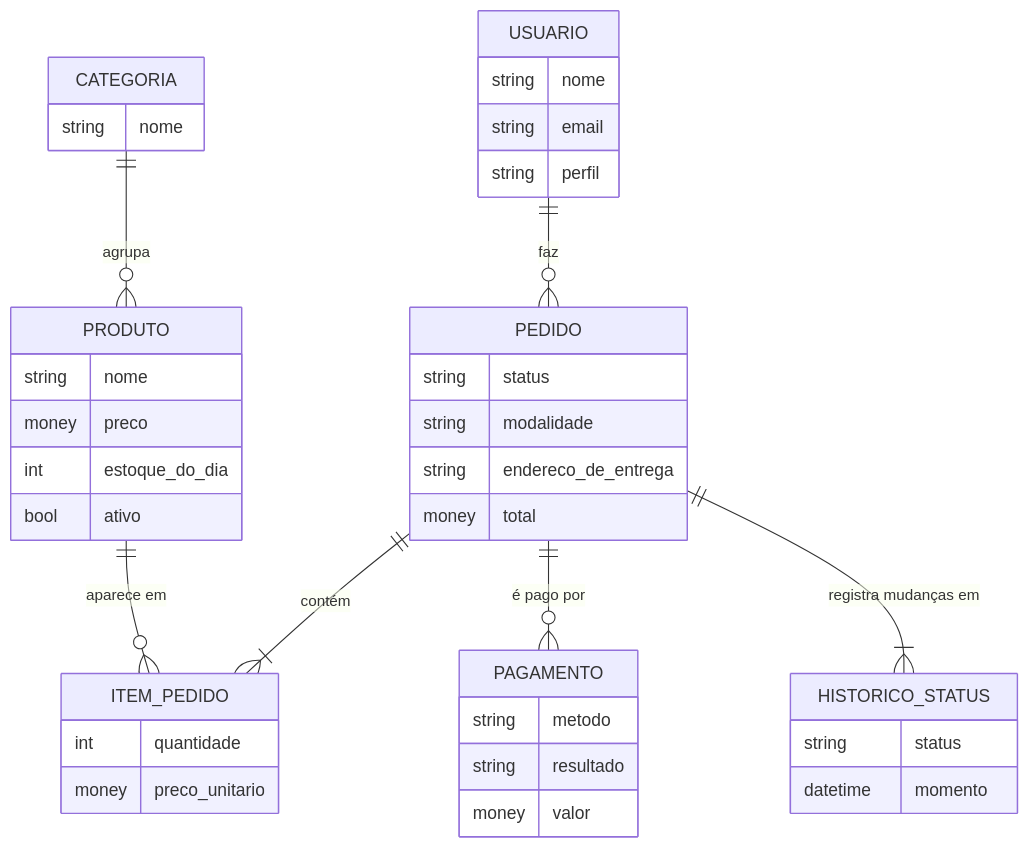
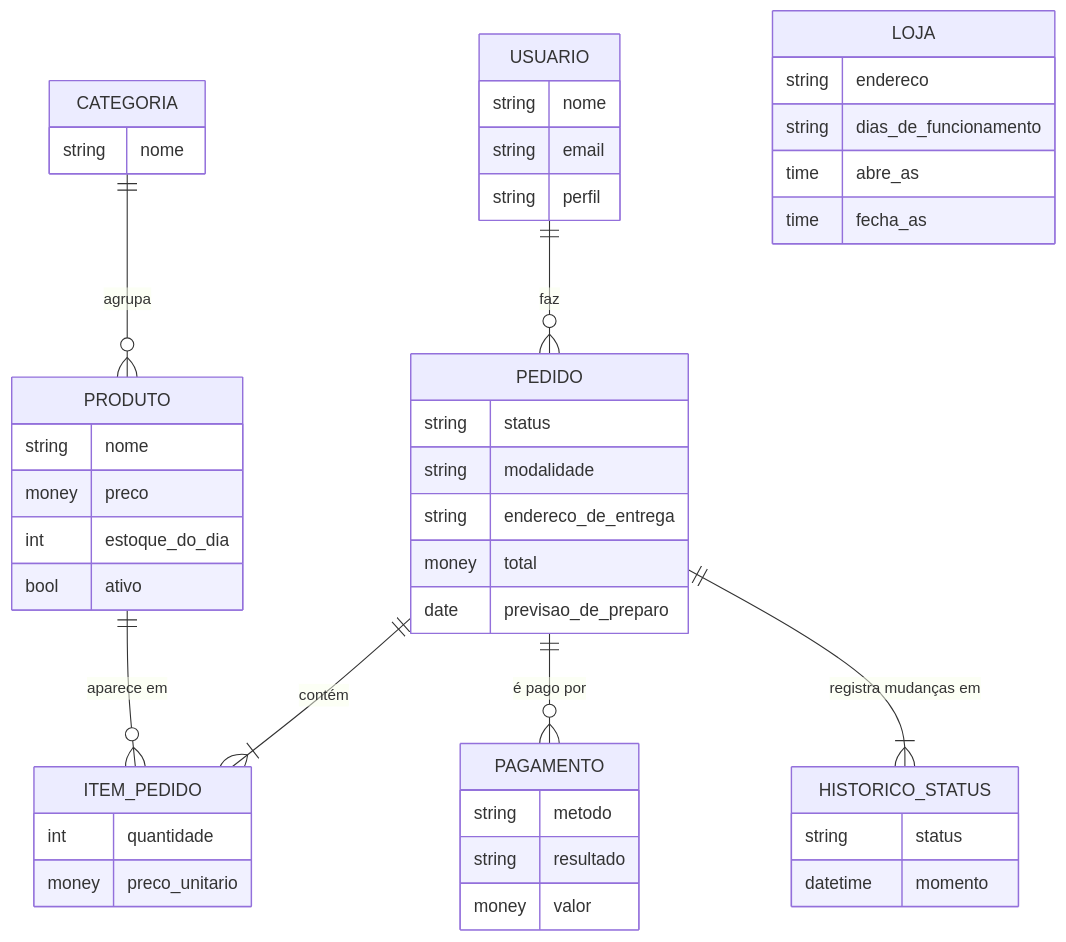
Before and after one commit to gabrielmenezes007/projeto-LaCakes: the diagram in docs/desenvolvimento/diagramas/01-modelo-conceitual.mmd, drawn with Mermaid. The commit also changed 37 other files, not shown here.

First line of the commit message:
Atualiza diagramas e capturas de tela com as telas novas

```diff
--- a/docs/desenvolvimento/diagramas/01-modelo-conceitual.mmd
+++ b/docs/desenvolvimento/diagramas/01-modelo-conceitual.mmd
@@ -1,40 +1,47 @@
 erDiagram
   USUARIO ||--o{ PEDIDO : "faz"
   CATEGORIA ||--o{ PRODUTO : "agrupa"
   PEDIDO ||--|{ ITEM_PEDIDO : "contém"
   PRODUTO ||--o{ ITEM_PEDIDO : "aparece em"
   PEDIDO ||--o{ PAGAMENTO : "é pago por"
   PEDIDO ||--|{ HISTORICO_STATUS : "registra mudanças em"
   USUARIO {
     string nome
     string email
     string perfil
   }
   CATEGORIA {
     string nome
   }
   PRODUTO {
     string nome
     money preco
     int estoque_do_dia
     bool ativo
   }
   PEDIDO {
     string status
     string modalidade
     string endereco_de_entrega
     money total
+    date previsao_de_preparo
   }
   ITEM_PEDIDO {
     int quantidade
     money preco_unitario
   }
   PAGAMENTO {
     string metodo
     string resultado
     money valor
   }
   HISTORICO_STATUS {
     string status
     datetime momento
   }
+  LOJA {
+    string endereco
+    string dias_de_funcionamento
+    time abre_as
+    time fecha_as
+  }
```
